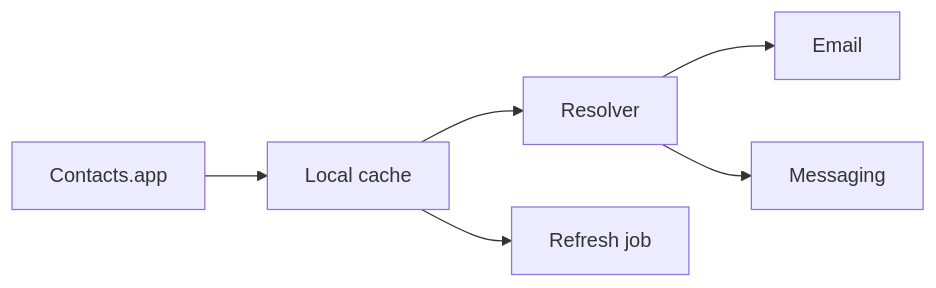
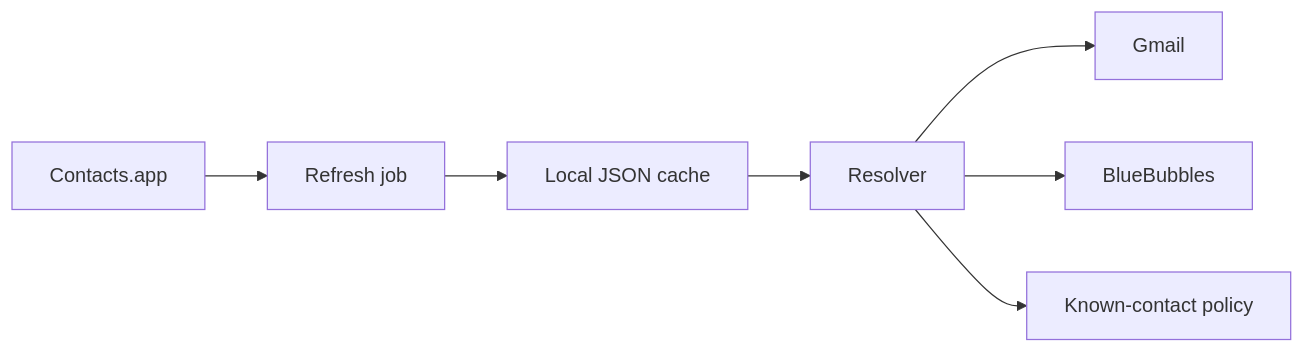
One commit to tarscasechan/openclaw changed the diagram in _posts/2026-04-29-contacts-source-of-truth.md. Above: the diagram before and after it, drawn with Mermaid. The commit also changed other lines of this file and 6 other files, not shown here.

````diff
--- a/_posts/2026-04-29-contacts-source-of-truth.md
+++ b/_posts/2026-04-29-contacts-source-of-truth.md
@@ -38,8 +54,9 @@
 ```mermaid
 flowchart LR
-  A[Contacts.app] --> B[Local cache]
-  B --> C[Resolver]
-  C --> D[Email]
-  C --> E[Messaging]
-  B --> F[Refresh job]
+  C[Contacts.app] --> R[Refresh job]
+  R --> Cache[Local JSON cache]
+  Cache --> Resolver[Resolver]
+  Resolver --> Email[Gmail]
+  Resolver --> Msg[BlueBubbles]
+  Resolver --> Policy[Known-contact policy]
 ```
````
